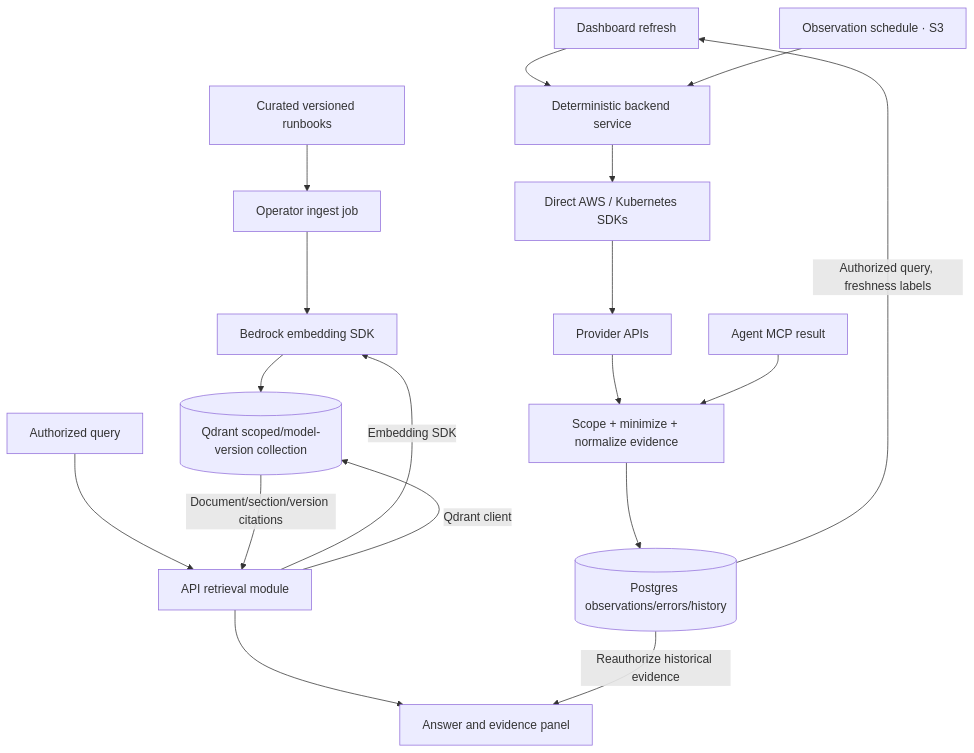
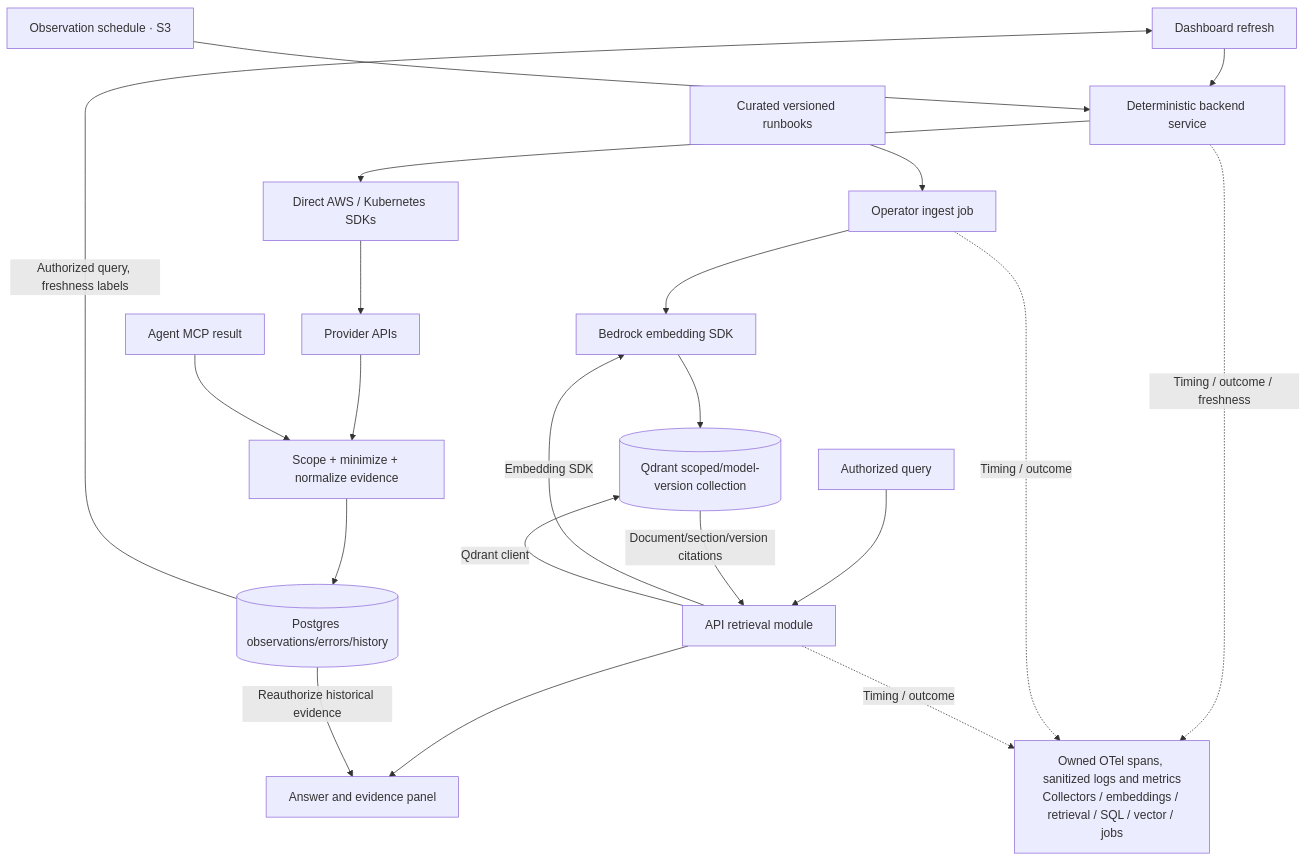
Before and after one commit to darshan-raul/vyom: the fifth of 8 diagrams in docs/ARCHITECTURE.md, drawn with Mermaid. The commit also changed other lines of this file and 25 other files, not shown here.

Commit message:
docs: add S1 observability plan and deployment architecture

````diff
--- a/docs/ARCHITECTURE.md
+++ b/docs/ARCHITECTURE.md
@@ -183,20 +207,24 @@
 ```mermaid
 flowchart TB
     dash[Dashboard refresh] --> service[Deterministic backend service]
     timer[Observation schedule · S3] --> service
     service --> sdk[Direct AWS / Kubernetes SDKs]
     sdk --> api[Provider APIs]
     api --> normalize[Scope + minimize + normalize evidence]
     normalize --> db[(Postgres observations/errors/history)]
     db -->|Authorized query, freshness labels| dash
     agent[Agent MCP result] --> normalize
     corpus[Curated versioned runbooks] --> job[Operator ingest job]
     job --> embed[Bedrock embedding SDK]
     embed --> q[(Qdrant scoped/model-version collection)]
     query[Authorized query] --> retrieval[API retrieval module]
     retrieval -->|Embedding SDK| embed
     retrieval -->|Qdrant client| q
     q -->|Document/section/version citations| retrieval
     retrieval --> answer[Answer and evidence panel]
     db -->|Reauthorize historical evidence| answer
+    signals[Owned OTel spans, sanitized logs and metrics<br/>Collectors / embeddings / retrieval / SQL / vector / jobs]
+    service -.->|Timing / outcome / freshness| signals
+    job -.->|Timing / outcome| signals
+    retrieval -.->|Timing / outcome| signals
 ```
````
